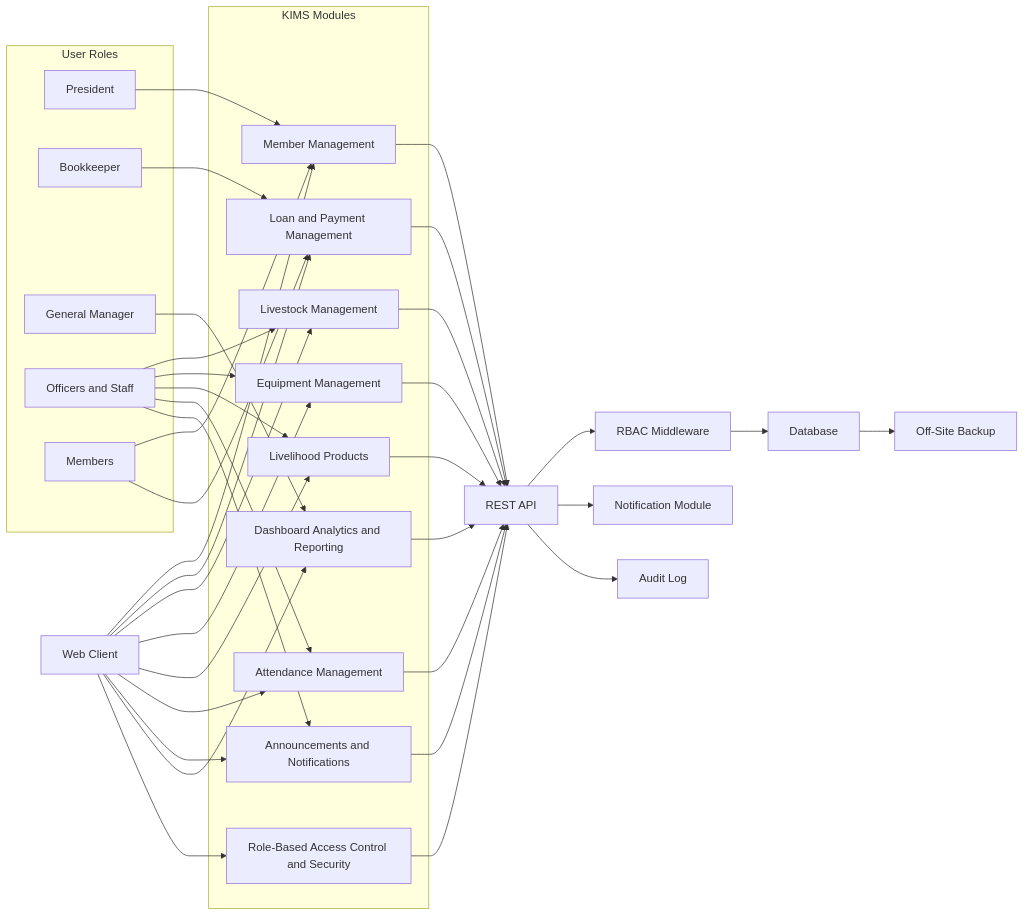
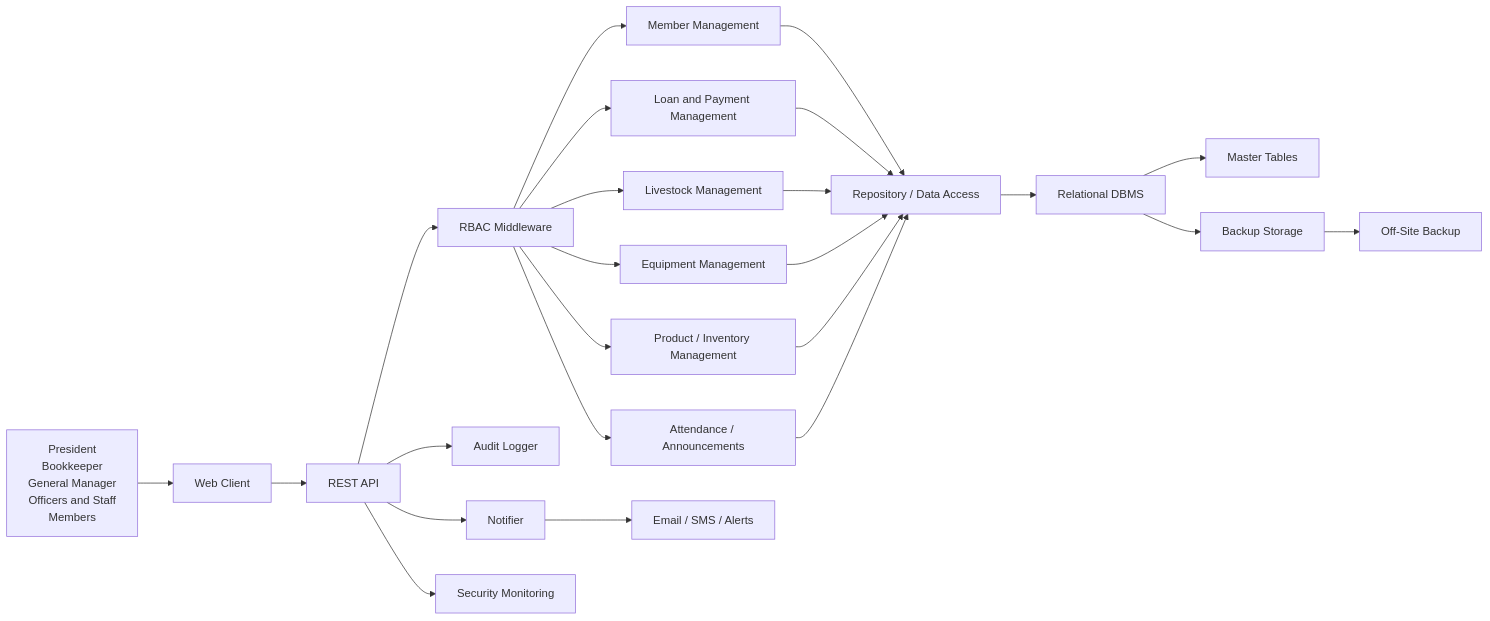
The first of 16 diagrams in README.md (Bonuel12142005/KAMBACDIAGRAM), drawn with Mermaid before and after one commit. The commit also changed other lines of this file, not shown here.

Commit message:
Overwrite README.md with the full 16-diagram KIMS proposal summary

````diff
--- a/README.md
+++ b/README.md
@@ -39,67 +41,26 @@
 ```mermaid
 flowchart LR
-    subgraph Roles["User Roles"]
-        P["President"]
-        B["Bookkeeper"]
-        G["General Manager"]
-        O["Officers and Staff"]
-        M["Members"]
-    end
-
-    subgraph Modules["KIMS Modules"]
-        M1["Member Management"]
-        M2["Loan and Payment Management"]
-        M3["Livestock Management"]
-        M4["Equipment Management"]
-        M5["Livelihood Products"]
-        M6["Attendance Management"]
-        M7["Announcements and Notifications"]
-        M8["Dashboard Analytics and Reporting"]
-        M9["Role-Based Access Control and Security"]
-    end
-
-    A["Web Client"]
-    API["REST API"]
-    RBAC["RBAC Middleware"]
-    DB["Database"]
-    N["Notification Module"]
-    AUD["Audit Log"]
-    BAK["Off-Site Backup"]
-
-    P --> M1
-    B --> M2
-    G --> M8
-    O --> M3
-    O --> M4
-    O --> M5
-    O --> M6
-    O --> M7
-    M --> M1
-    M --> M2
-
-    A --> M1
-    A --> M2
-    A --> M3
-    A --> M4
-    A --> M5
-    A --> M6
-    A --> M7
-    A --> M8
-    A --> M9
-
-    M1 --> API
-    M2 --> API
-    M3 --> API
-    M4 --> API
-    M5 --> API
-    M6 --> API
-    M7 --> API
-    M8 --> API
-    M9 --> API
-
-    API --> RBAC
-    RBAC --> DB
-    API --> N
-    API --> AUD
-    DB --> BAK
+    U["President<br/>Bookkeeper<br/>General Manager<br/>Officers and Staff<br/>Members"] --> W["Web Client"]
+    W --> API["REST API"]
+    API --> RBAC["RBAC Middleware"]
+    RBAC --> M1["Member Management"]
+    RBAC --> M2["Loan and Payment Management"]
+    RBAC --> M3["Livestock Management"]
+    RBAC --> M4["Equipment Management"]
+    RBAC --> M5["Product / Inventory Management"]
+    RBAC --> M6["Attendance / Announcements"]
+    M1 --> DAO["Repository / Data Access"]
+    M2 --> DAO
+    M3 --> DAO
+    M4 --> DAO
+    M5 --> DAO
+    M6 --> DAO
+    DAO --> DB["Relational DBMS"]
+    DB --> TBL["Master Tables"]
+    API --> AUD["Audit Logger"]
+    API --> NOTIF["Notifier"]
+    NOTIF --> MSG["Email / SMS / Alerts"]
+    DB --> BAK["Backup Storage"]
+    BAK --> OFF["Off-Site Backup"]
+    API --> MON["Security Monitoring"]
 ```
````
